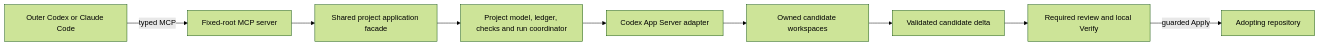
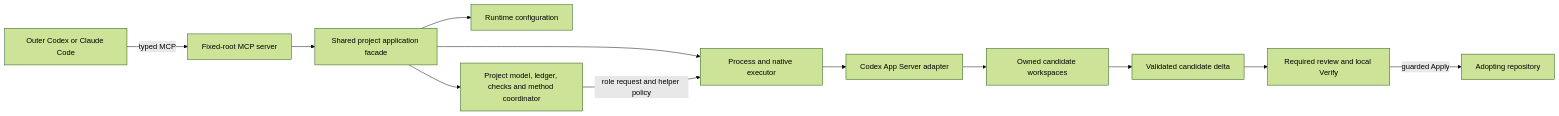
One commit to Glacius-Labs/Markitect changed the diagram in docs/architecture.md. Above: the diagram before and after it, drawn with Mermaid (forest theme). The commit also changed other lines of this file and 3 other files, not shown here.

Commit message:
docs: record method-runtime closure and dependency preparation

````diff
--- a/docs/architecture.md
+++ b/docs/architecture.md
@@ -17,11 +17,14 @@
 ```mermaid
 flowchart LR
   Outer[Outer Codex or Claude Code] -->|typed MCP| MCP[Fixed-root MCP server]
   MCP --> App[Shared project application facade]
-  App --> Host[Project model, ledger, checks and run coordinator]
-  Host --> Adapter[Codex App Server adapter]
+  App --> Config[Runtime configuration]
+  App --> Host[Project model, ledger, checks and method coordinator]
+  App --> Executor[Process and native executor]
+  Host -->|role request and helper policy| Executor
+  Executor --> Adapter[Codex App Server adapter]
   Adapter --> Candidate[Owned candidate workspaces]
   Candidate --> Delta[Validated candidate delta]
   Delta --> Verify[Required review and local Verify]
   Verify -->|guarded Apply| Repo[Adopting repository]
 ```
````
